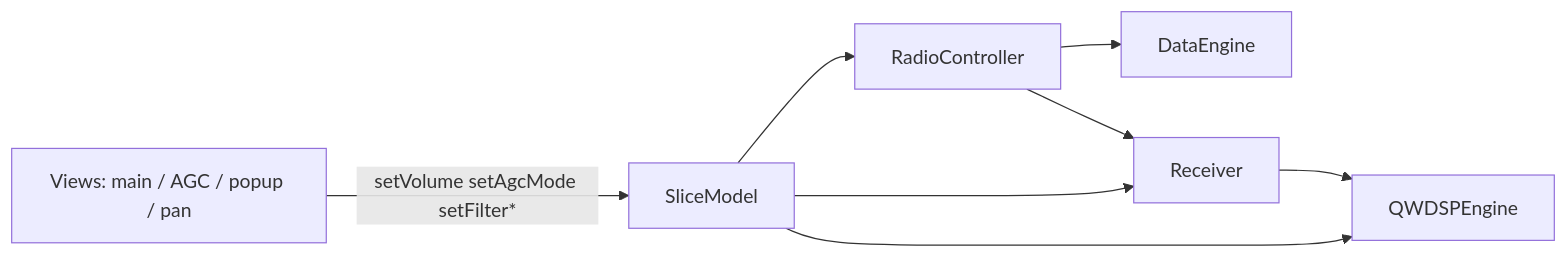
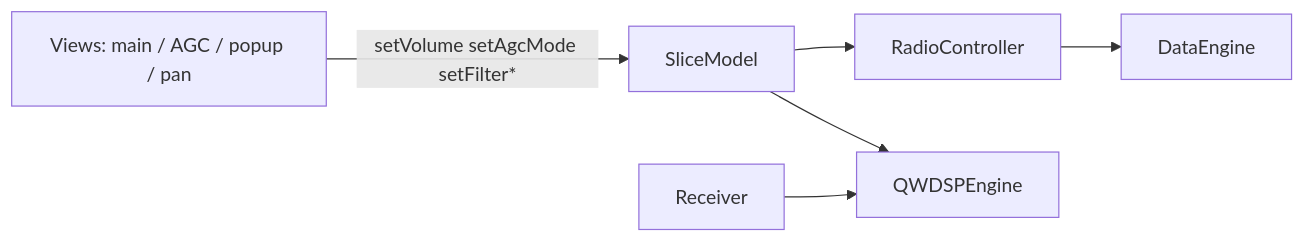
Before and after one commit to zl2brg/cudaSDR: the diagram in Docs/mvc_slice_binding.md, drawn with Mermaid. The commit also changed other lines of this file and 11 other files, not shown here.

````diff
--- a/Docs/mvc_slice_binding.md
+++ b/Docs/mvc_slice_binding.md
@@ -7,17 +7,15 @@
 ```mermaid
 flowchart LR
   UI[Views: main / AGC / popup / pan]
   SM[SliceModel]
   RC[RadioController]
   DE[DataEngine]
   RX[Receiver]
   WDSP[QWDSPEngine]
 
   UI -->|setVolume setAgcMode setFilter*| SM
   SM --> RC
   RC --> DE
-  RC --> RX
-  SM --> RX
   SM --> WDSP
   RX --> WDSP
 ```
````
